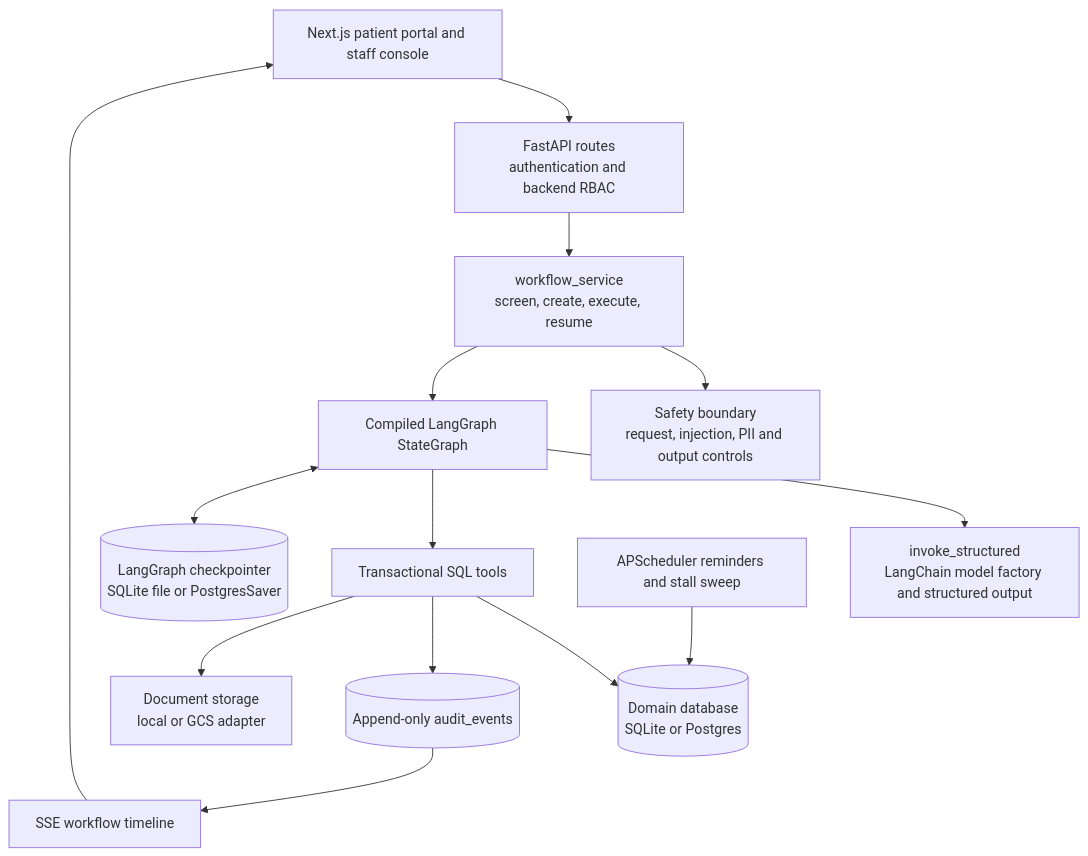
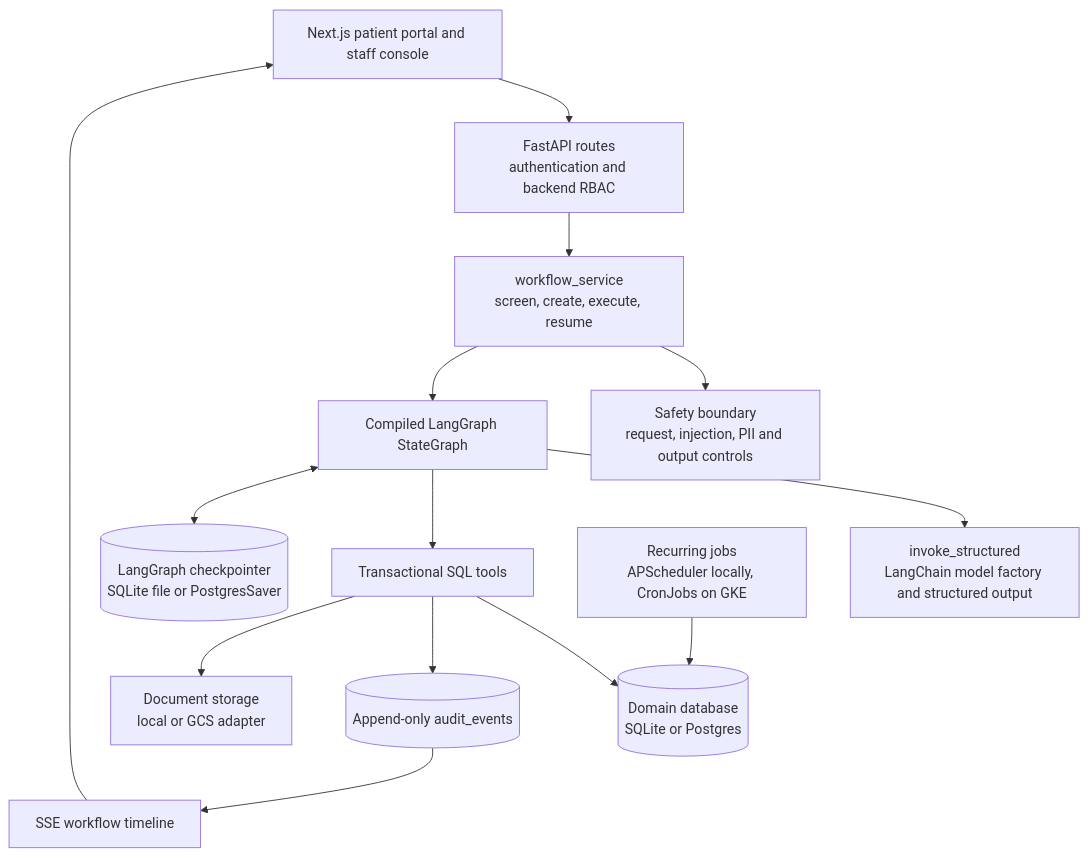
Before and after one commit to Gaurang140/agentcare: the first of 5 diagrams in docs/architecture.md, drawn with Mermaid. The commit also changed 7 other files, not shown here.

````diff
--- a/docs/architecture.md
+++ b/docs/architecture.md
@@ -13,29 +13,29 @@
 ```mermaid
 flowchart TB
     UI["Next.js patient portal and staff console"]
     API["FastAPI routes<br/>authentication and backend RBAC"]
     WS["workflow_service<br/>screen, create, execute, resume"]
     GRAPH["Compiled LangGraph StateGraph"]
     MODEL["invoke_structured<br/>LangChain model factory and structured output"]
     SAFE["Safety boundary<br/>request, injection, PII and output controls"]
     TOOLS["Transactional SQL tools"]
     DOMAIN[("Domain database<br/>SQLite or Postgres")]
     AUDIT[("Append-only audit_events")]
     CP[("LangGraph checkpointer<br/>SQLite file or PostgresSaver")]
     STORAGE["Document storage<br/>local or GCS adapter"]
     SSE["SSE workflow timeline"]
-    JOBS["APScheduler reminders and stall sweep"]
+    JOBS["Recurring jobs<br/>APScheduler locally, CronJobs on GKE"]
 
     UI --> API
     API --> WS
     WS --> SAFE
     WS --> GRAPH
     GRAPH --> MODEL
     GRAPH --> TOOLS
     TOOLS --> DOMAIN
     TOOLS --> AUDIT
     TOOLS --> STORAGE
     GRAPH <--> CP
     AUDIT --> SSE --> UI
     JOBS --> DOMAIN
 ```
````
